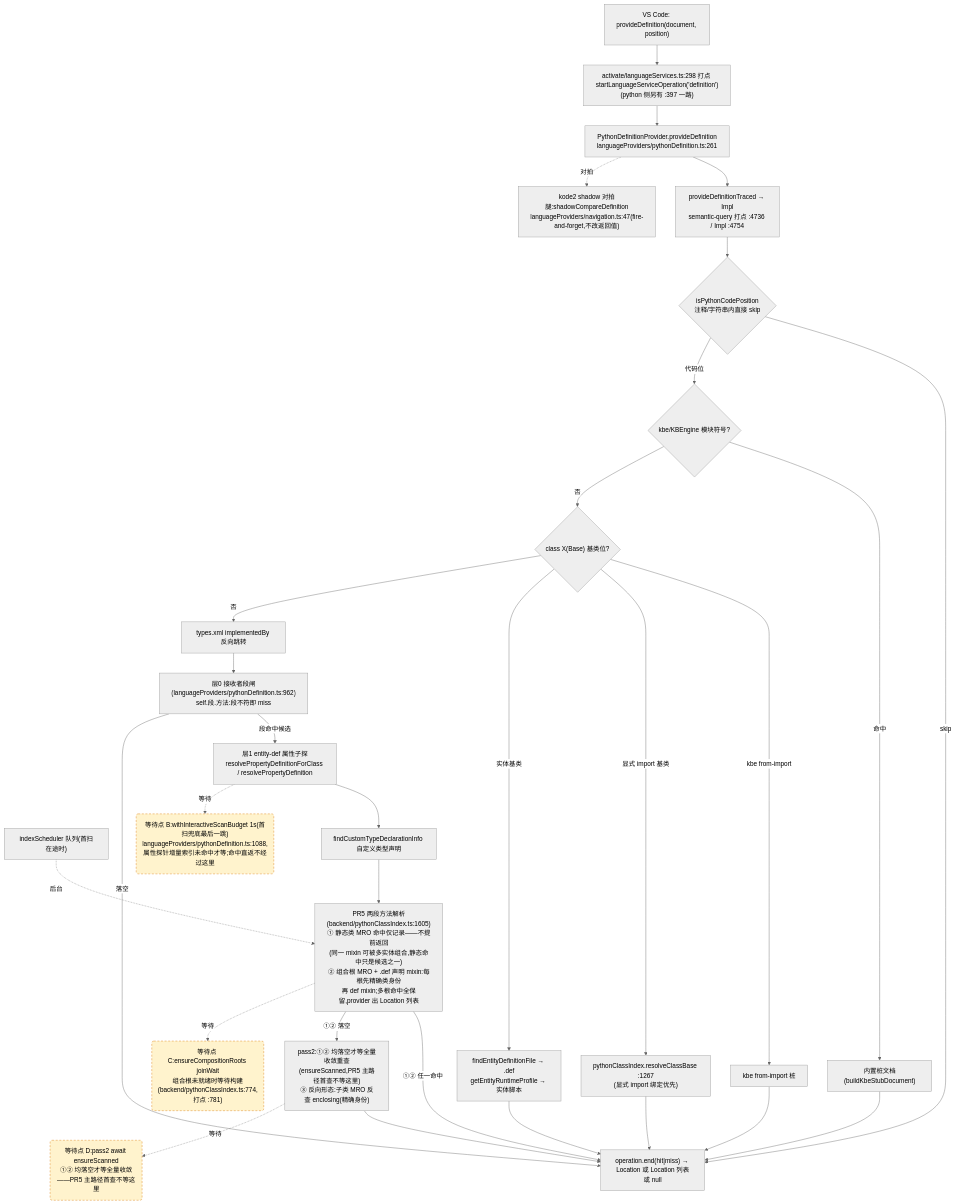
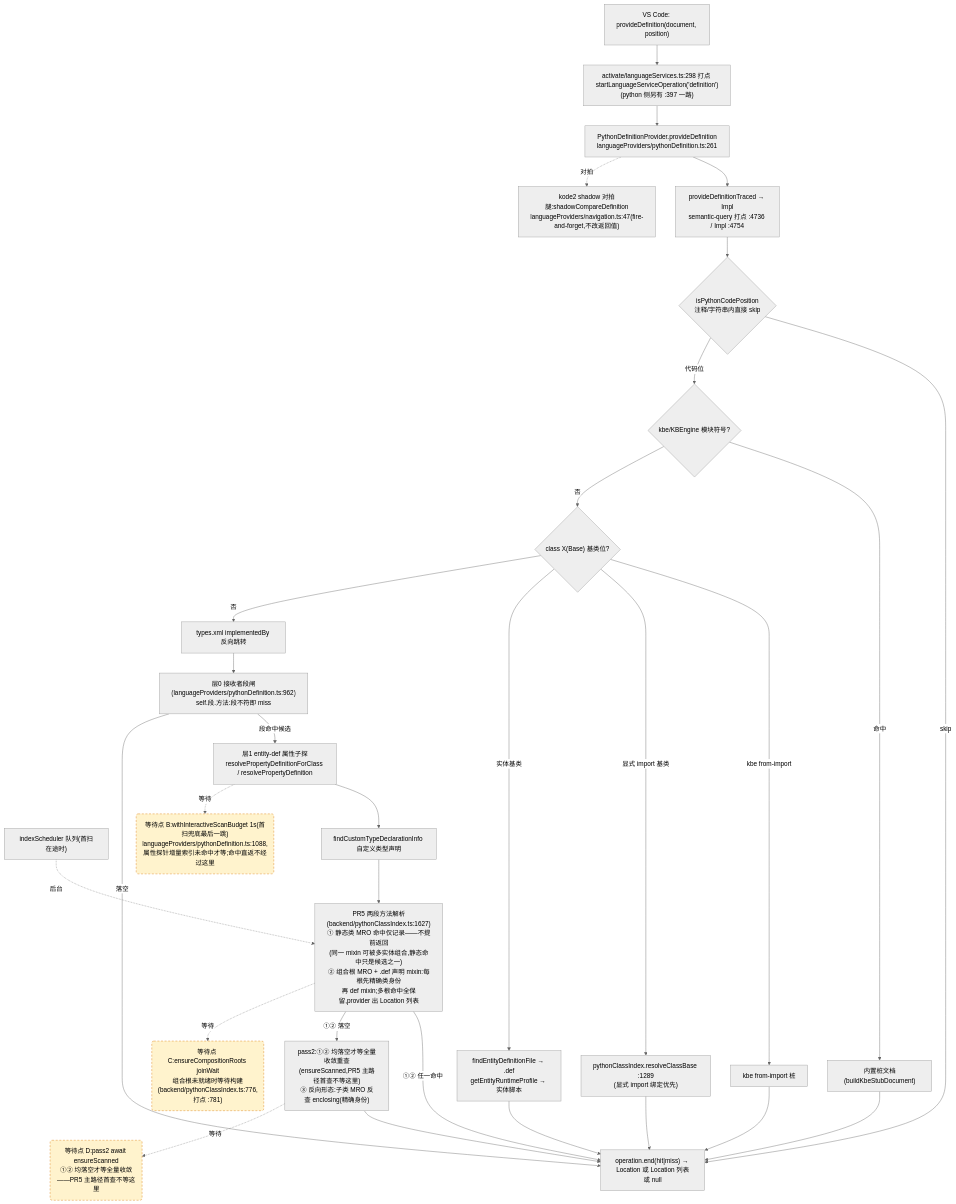
One commit to cuihairu/kode changed the second of 4 diagrams in docs/perf/2026-baseline.md. Above: the diagram before and after it, drawn with Mermaid (neutral theme). The commit also changed other lines of this file and 9 other files, not shown here.

````diff
--- a/docs/perf/2026-baseline.md
+++ b/docs/perf/2026-baseline.md
@@ -152,51 +153,51 @@
 ```mermaid
 flowchart TD
   VC2["VS Code: provideDefinition(document, position)"]
   M2["activate/languageServices.ts:298 打点 startLanguageServiceOperation('definition')<br/>(python 侧另有 :397 一路)"]
   AD2["PythonDefinitionProvider.provideDefinition<br/>languageProviders/pythonDefinition.ts:261"]
   TR["provideDefinitionTraced → Impl<br/>semantic-query 打点 :4736 / Impl :4754"]
   CTX{"isPythonCodePosition<br/>注释/字符串内直接 skip"}
   KBE{"kbe/KBEngine 模块符号?"}
   STUB["内置桩文档(buildKbeStubDocument)"]
   CB{"class X(Base) 基类位?"}
   CB1["kbe from-import 桩"]
-  CB2["pythonClassIndex.resolveClassBase :1267<br/>(显式 import 绑定优先)"]
+  CB2["pythonClassIndex.resolveClassBase :1289<br/>(显式 import 绑定优先)"]
   CB3["findEntityDefinitionFile → .def<br/>getEntityRuntimeProfile → 实体脚本"]
   REV["types.xml implementedBy 反向跳转"]
   L0["层0 接收者段闸(languageProviders/pythonDefinition.ts:962)<br/>self.段.方法:段不符即 miss"]
   L1["层1 entity-def 属性子探<br/>resolvePropertyDefinitionForClass / resolvePropertyDefinition"]
   SCAN["indexScheduler 队列(首扫在途时)"]
   TY["findCustomTypeDeclarationInfo 自定义类型声明"]
-  MRO["PR5 两段方法解析(backend/pythonClassIndex.ts:1605)<br/>① 静态类 MRO 命中仅记录——不提前返回<br/>(同一 mixin 可被多实体组合,静态命中只是候选之一)<br/>② 组合根 MRO + .def 声明 mixin:每根先精确类身份<br/>再 def mixin;多根命中全保留,provider 出 Location 列表"]
+  MRO["PR5 两段方法解析(backend/pythonClassIndex.ts:1627)<br/>① 静态类 MRO 命中仅记录——不提前返回<br/>(同一 mixin 可被多实体组合,静态命中只是候选之一)<br/>② 组合根 MRO + .def 声明 mixin:每根先精确类身份<br/>再 def mixin;多根命中全保留,provider 出 Location 列表"]
   PASS2["pass2:①② 均落空才等全量收敛重查<br/>(ensureScanned,PR5 主路径首查不等这里)<br/>③ 反向形态:子类 MRO 反查 enclosing(精确身份)"]
   SHD["kode2 shadow 对拍腿:shadowCompareDefinition<br/>languageProviders/navigation.ts:47(fire-and-forget,不改返回值)"]
   END2["operation.end(hit|miss) → Location 或 Location 列表或 null"]
 
   VC2 --> M2 --> AD2 --> TR --> CTX
   CTX -- "skip" --> END2
   CTX -- "代码位" --> KBE
   KBE -- "命中" --> STUB --> END2
   KBE -- "否" --> CB
   CB -- "kbe from-import" --> CB1 --> END2
   CB -- "显式 import 基类" --> CB2 --> END2
   CB -- "实体基类" --> CB3 --> END2
   CB -- "否" --> REV --> L0
   L0 -- "段命中候选" --> L1
   L0 -- "落空" --> END2
   L1 --> TY
   TY --> MRO
   MRO -- "①② 任一命中" --> END2
   MRO -- "①② 落空" --> PASS2 --> END2
   AD2 -.->|对拍| SHD
 
   WAITB("等待点 B:withInteractiveScanBudget 1s(首扫兜底最后一跳)<br/>languageProviders/pythonDefinition.ts:1088,属性探针增量索引未命中才等;命中直返不经过这里")
-  WAITC("等待点 C:ensureCompositionRoots joinWait<br/>组合根未就绪时等待构建(backend/pythonClassIndex.ts:774,打点 :781)")
+  WAITC("等待点 C:ensureCompositionRoots joinWait<br/>组合根未就绪时等待构建(backend/pythonClassIndex.ts:776,打点 :781)")
   WAITD("等待点 D:pass2 await ensureScanned<br/>①② 均落空才等全量收敛——PR5 主路径首查不等这里")
   L1 -.->|等待| WAITB
   MRO -.->|等待| WAITC
   PASS2 -.->|等待| WAITD
   SCAN -.->|后台| MRO
 
   classDef waitPoint fill:#fff3cd,stroke:#d97706,stroke-dasharray:5 4;
   class WAITB,WAITC,WAITD waitPoint;
 ```
````
